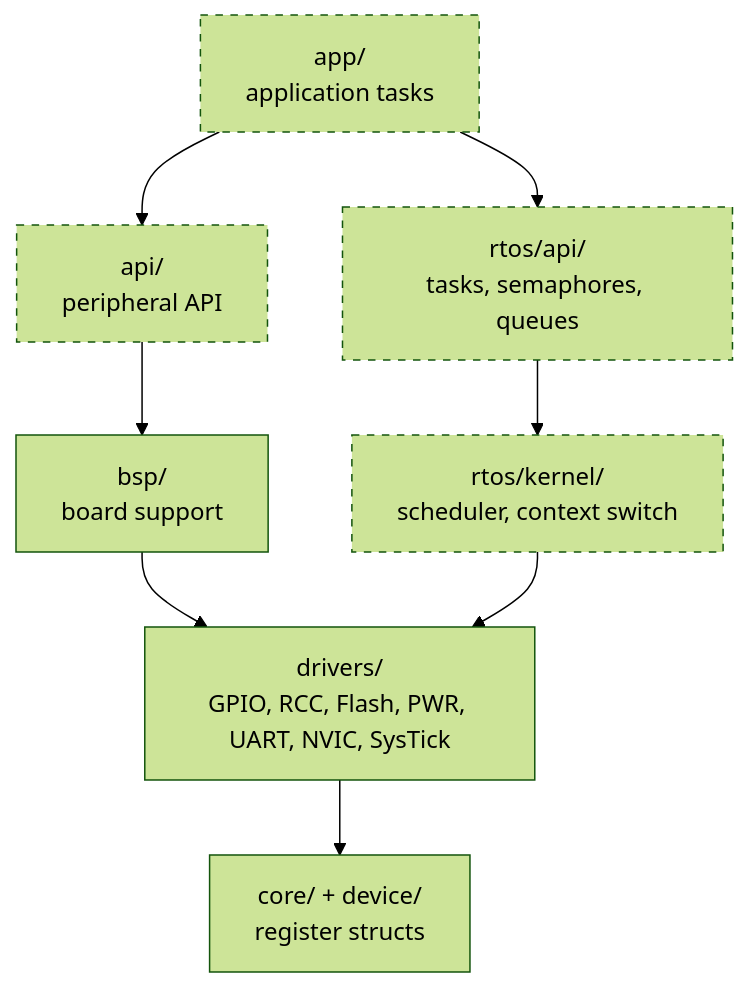
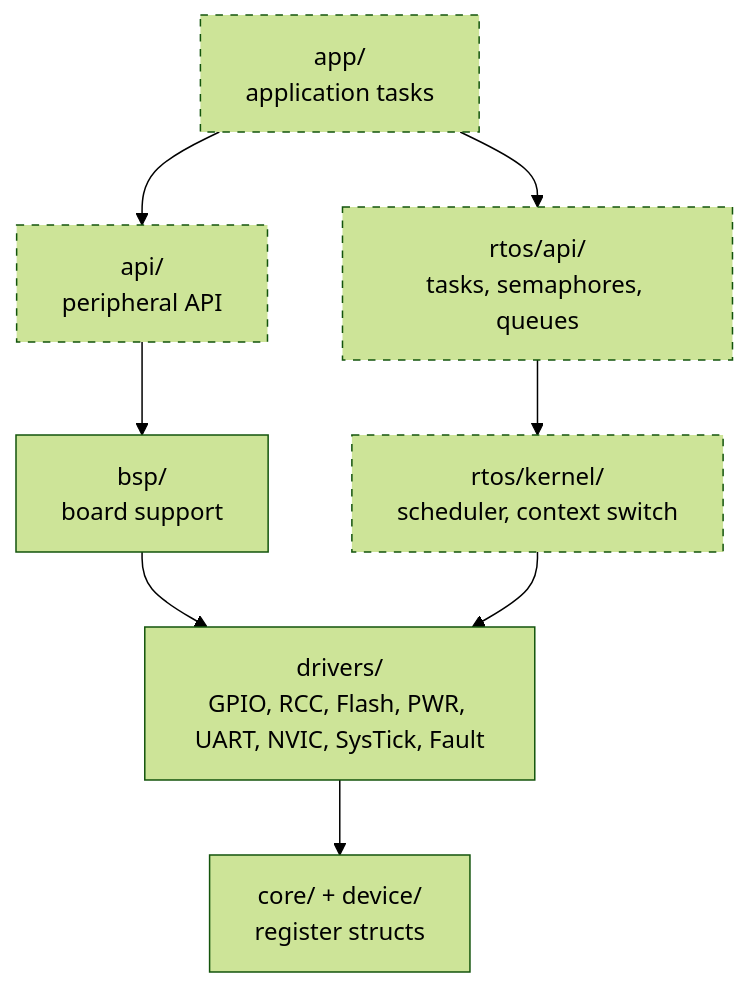
The first of 3 diagrams in docs/ARCHITECTURE.md (ka5j/stm32_rtos), drawn with Mermaid (forest theme) before and after one commit. The commit also changed other lines of this file and 10 other files, not shown here.

````diff
--- a/docs/ARCHITECTURE.md
+++ b/docs/ARCHITECTURE.md
@@ -11,19 +11,19 @@
 ```mermaid
 flowchart TD
     app["app/<br/>application tasks"]
     api["api/<br/>peripheral API"]
     rapi["rtos/api/<br/>tasks, semaphores, queues"]
     bsp["bsp/<br/>board support"]
     kernel["rtos/kernel/<br/>scheduler, context switch"]
-    drivers["drivers/<br/>GPIO, RCC, Flash, PWR, UART, NVIC, SysTick"]
+    drivers["drivers/<br/>GPIO, RCC, Flash, PWR, UART, NVIC, SysTick, Fault"]
     regs["core/ + device/<br/>register structs"]
     app --> api
     app --> rapi
     api --> bsp
     rapi --> kernel
     bsp --> drivers
     kernel --> drivers
     drivers --> regs
     classDef todo stroke-dasharray: 5 5
     class app,api,rapi,kernel todo
 ```
````
